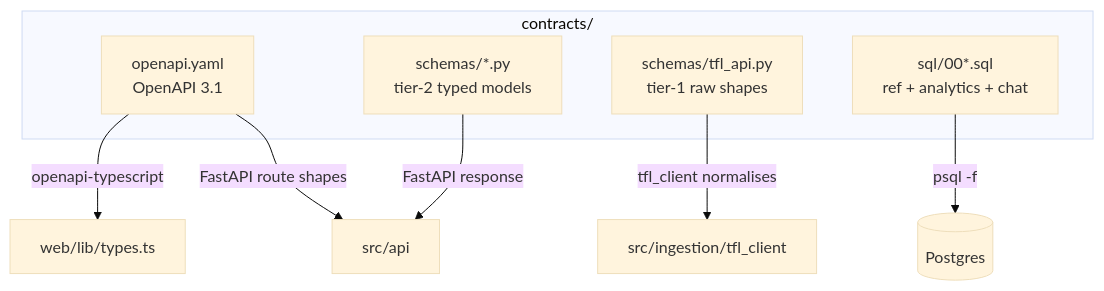
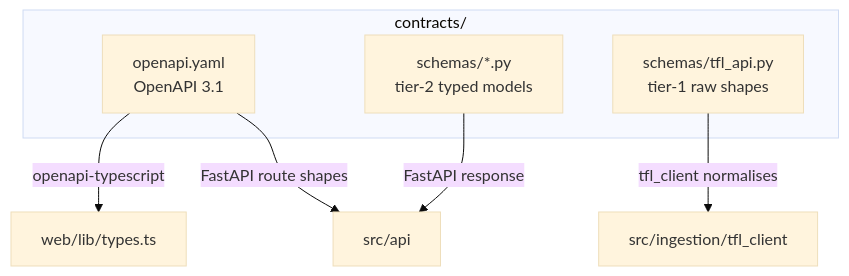
The second of 3 diagrams in docs/engineering.md (hcslomeu/tfl-monitor), drawn with Mermaid (base theme) before and after one commit. The commit also changed other lines of this file and 140 other files, not shown here.

````diff
--- a/docs/engineering.md
+++ b/docs/engineering.md
@@ -47,15 +47,13 @@
 ```mermaid
 flowchart TB
     subgraph SOURCE[contracts/]
       OAPI[openapi.yaml<br/>OpenAPI 3.1]
       T1[schemas/tfl_api.py<br/>tier-1 raw shapes]
       T2[schemas/*.py<br/>tier-2 typed models]
-      DDL[sql/00*.sql<br/>ref + analytics + chat]
     end
 
     OAPI -->|openapi-typescript| TS[web/lib/types.ts]
     OAPI -->|FastAPI route shapes| API[src/api]
     T1 -->|tfl_client normalises| ING[src/ingestion/tfl_client]
     T2 -->|FastAPI response| API
-    DDL -->|psql -f| PG[(Postgres)]
 ```
````
